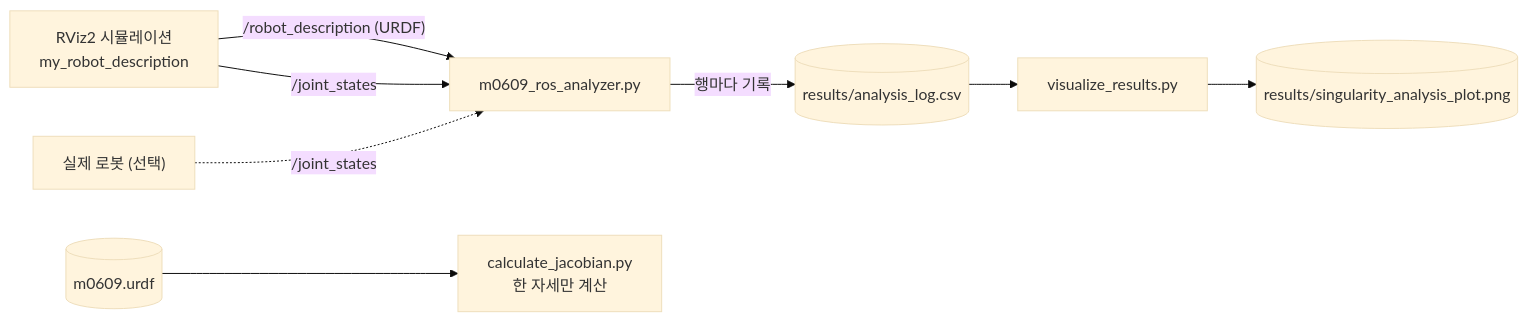
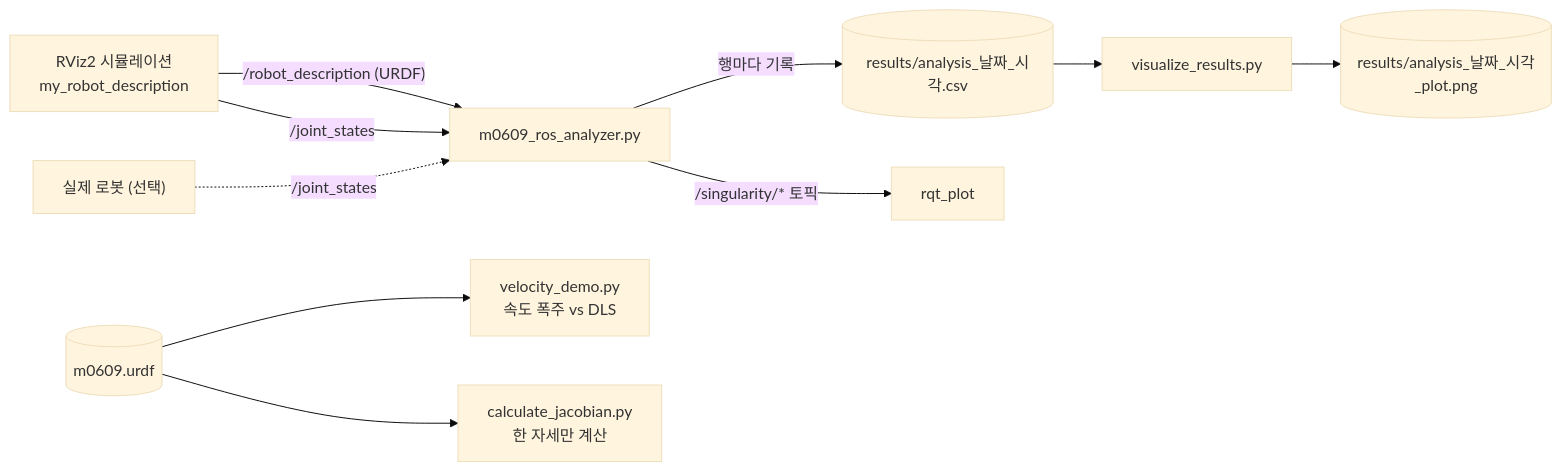
Before and after one commit to yoonheon051/singularity_analysis: the first of 3 diagrams in README.md, drawn with Mermaid (base theme). The commit also changed other lines of this file and 4 other files, not shown here.

````diff
--- a/README.md
+++ b/README.md
@@ -467,10 +523,12 @@
 ```mermaid
 flowchart LR
     SIM["RViz2 시뮬레이션<br/>my_robot_description"] -- "/robot_description (URDF)" --> AN["m0609_ros_analyzer.py"]
     SIM -- "/joint_states" --> AN
     REAL["실제 로봇 (선택)"] -. "/joint_states" .-> AN
-    AN -- "행마다 기록" --> CSV[("results/analysis_log.csv")]
+    AN -- "행마다 기록" --> CSV[("results/analysis_날짜_시각.csv")]
+    AN -- "/singularity/* 토픽" --> RQT["rqt_plot"]
+    URDF --> VD["velocity_demo.py<br/>속도 폭주 vs DLS"]
     CSV --> VIS["visualize_results.py"]
-    VIS --> PNG[("results/singularity_analysis_plot.png")]
+    VIS --> PNG[("results/analysis_날짜_시각_plot.png")]
     URDF[("m0609.urdf")] --> CJ["calculate_jacobian.py<br/>한 자세만 계산"]
 ```
````
